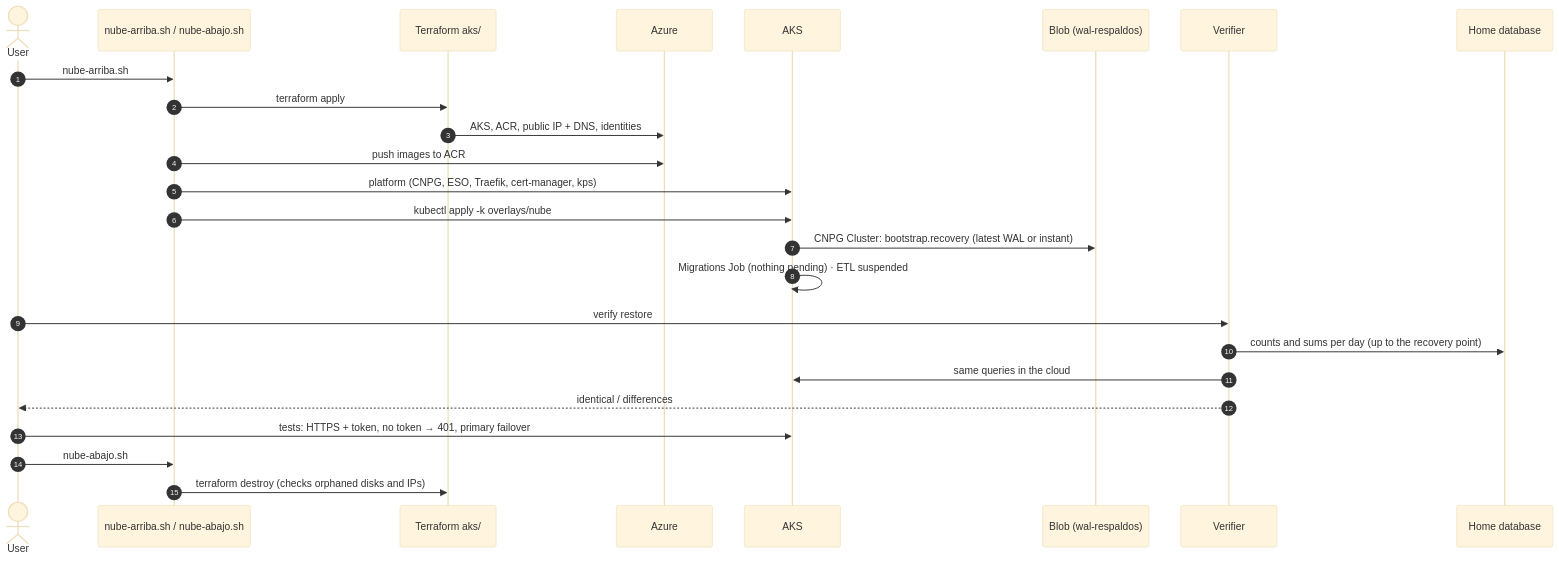
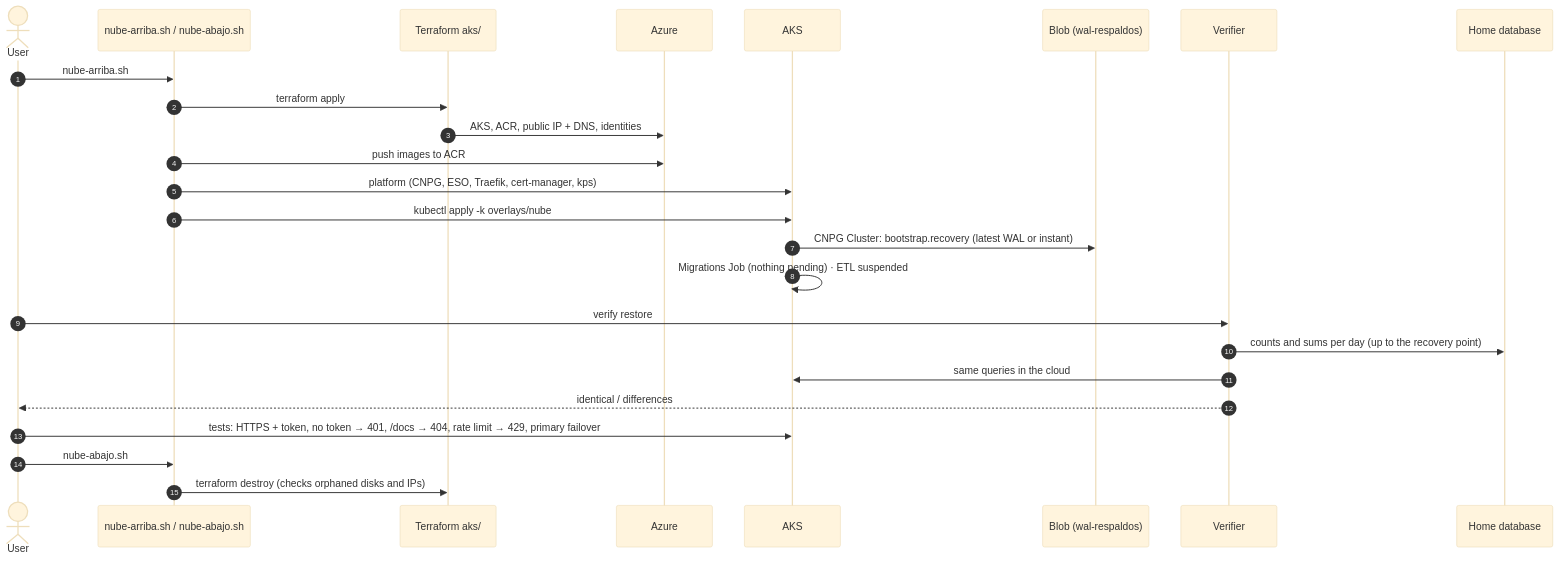
Before and after one commit to alejandro-araujo-orellana/geoTracker: the fourth of 5 diagrams in docs/superpowers/specs/2026-11-20-fase2-azure-aks-design.md, drawn with Mermaid (base theme). The commit also changed other lines of this file and 5 other files, not shown here.

````diff
--- a/docs/superpowers/specs/2026-11-20-fase2-azure-aks-design.md
+++ b/docs/superpowers/specs/2026-11-20-fase2-azure-aks-design.md
@@ -283,28 +290,28 @@
 ```mermaid
 sequenceDiagram
     autonumber
     actor U as User
     participant SC as nube-arriba.sh / nube-abajo.sh
     participant TF as Terraform aks/
     participant AZ as Azure
     participant K as AKS
     participant BL as Blob (wal-respaldos)
     participant VR as Verifier
     participant CA as Home database
 
     U->>SC: nube-arriba.sh
     SC->>TF: terraform apply
     TF->>AZ: AKS, ACR, public IP + DNS, identities
     SC->>AZ: push images to ACR
     SC->>K: platform (CNPG, ESO, Traefik, cert-manager, kps)
     SC->>K: kubectl apply -k overlays/nube
     K->>BL: CNPG Cluster: bootstrap.recovery (latest WAL or instant)
     K->>K: Migrations Job (nothing pending) · ETL suspended
     U->>VR: verify restore
     VR->>CA: counts and sums per day (up to the recovery point)
     VR->>K: same queries in the cloud
     VR-->>U: identical / differences
-    U->>K: tests: HTTPS + token, no token → 401, primary failover
+    U->>K: tests: HTTPS + token, no token → 401, /docs → 404, rate limit → 429, primary failover
     U->>SC: nube-abajo.sh
     SC->>TF: terraform destroy (checks orphaned disks and IPs)
 ```
````
